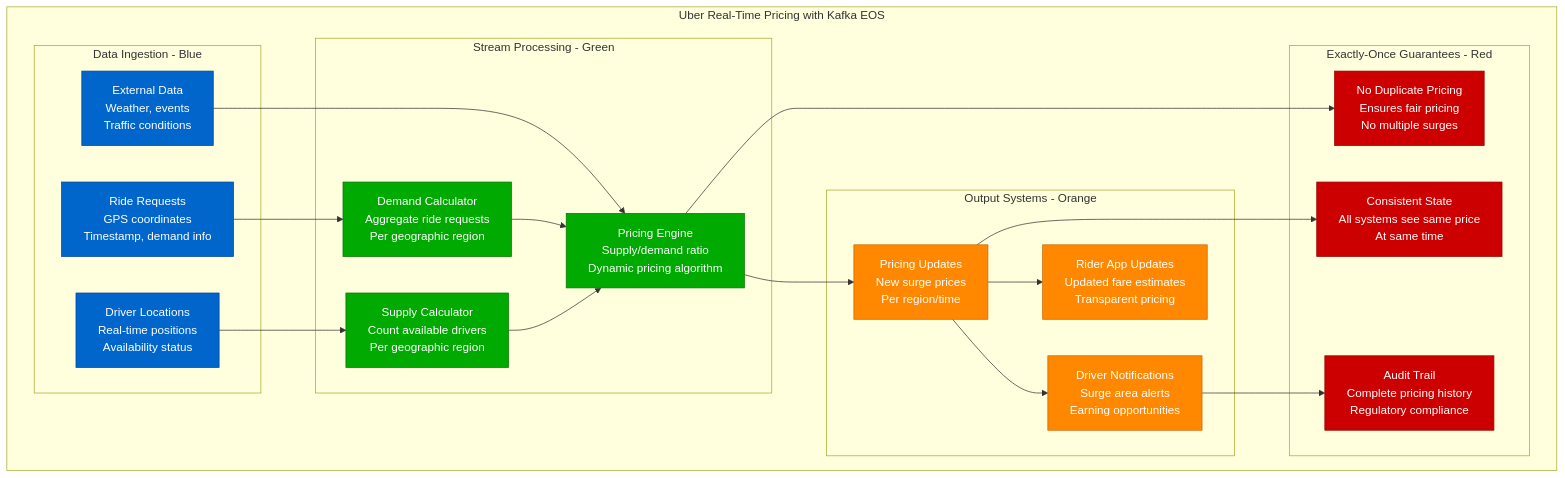
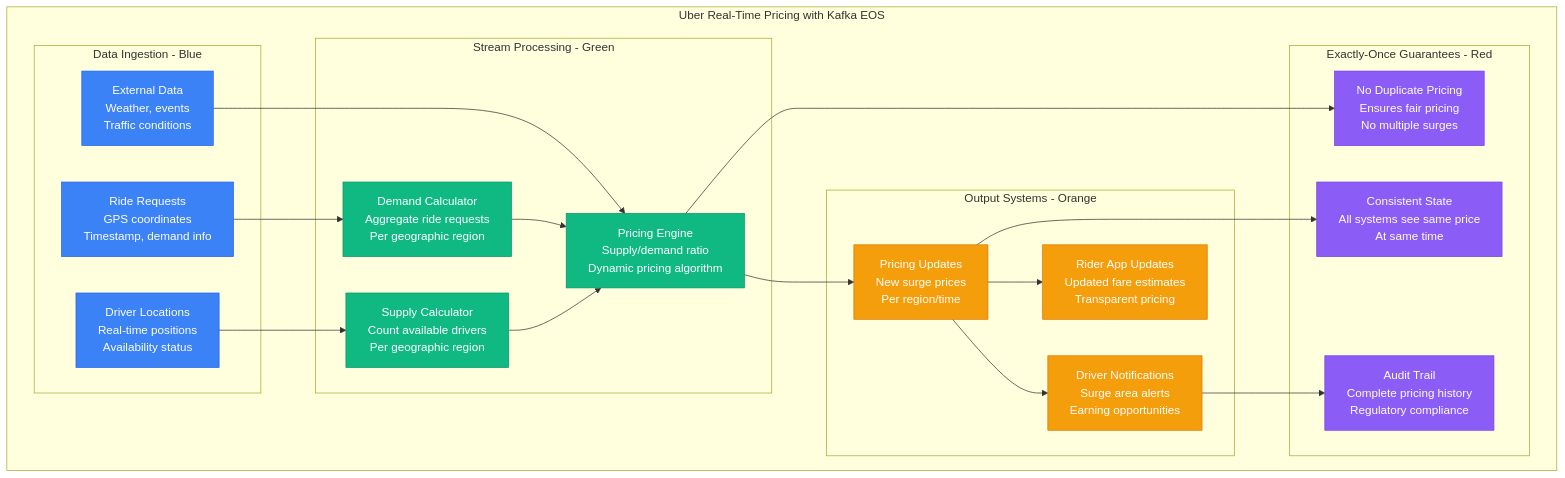
Before and after one commit to deepaucksharma/DS: the eighth of 10 diagrams in site/docs/guarantees/exactly-once/exactly-once-kafka.md, drawn with Mermaid. The commit also changed other lines of this file and 303 other files, not shown here.

````diff
--- a/site/docs/guarantees/exactly-once/exactly-once-kafka.md
+++ b/site/docs/guarantees/exactly-once/exactly-once-kafka.md
@@ -324,53 +324,53 @@
 ```mermaid
 graph TB
     subgraph UberPricingPipeline[Uber Real-Time Pricing with Kafka EOS]
         subgraph DataIngestion[Data Ingestion - Blue]
             DI1[Ride Requests<br/>GPS coordinates<br/>Timestamp, demand info]
             DI2[Driver Locations<br/>Real-time positions<br/>Availability status]
             DI3[External Data<br/>Weather, events<br/>Traffic conditions]
         end
 
         subgraph StreamProcessing[Stream Processing - Green]
             SP1[Demand Calculator<br/>Aggregate ride requests<br/>Per geographic region]
             SP2[Supply Calculator<br/>Count available drivers<br/>Per geographic region]
             SP3[Pricing Engine<br/>Supply/demand ratio<br/>Dynamic pricing algorithm]
         end
 
         subgraph OutputSystems[Output Systems - Orange]
             OS1[Pricing Updates<br/>New surge prices<br/>Per region/time]
             OS2[Driver Notifications<br/>Surge area alerts<br/>Earning opportunities]
             OS3[Rider App Updates<br/>Updated fare estimates<br/>Transparent pricing]
         end
 
         subgraph ExactlyOnceGuarantees[Exactly-Once Guarantees - Red]
             EOG1[No Duplicate Pricing<br/>Ensures fair pricing<br/>No multiple surges]
             EOG2[Consistent State<br/>All systems see same price<br/>At same time]
             EOG3[Audit Trail<br/>Complete pricing history<br/>Regulatory compliance]
         end
     end
 
     DI1 --> SP1
     DI2 --> SP2
     DI3 --> SP3
 
     SP1 --> SP3
     SP2 --> SP3
 
     SP3 --> OS1
     OS1 --> OS2
     OS1 --> OS3
 
     SP3 --> EOG1
     OS1 --> EOG2
     OS2 --> EOG3
 
-    classDef ingestionStyle fill:#0066CC,stroke:#004499,color:#fff
-    classDef processingStyle fill:#00AA00,stroke:#007700,color:#fff
-    classDef outputStyle fill:#FF8800,stroke:#CC6600,color:#fff
-    classDef guaranteeStyle fill:#CC0000,stroke:#990000,color:#fff
+    classDef ingestionStyle fill:#3B82F6,stroke:#2563EB,color:#fff
+    classDef processingStyle fill:#10B981,stroke:#059669,color:#fff
+    classDef outputStyle fill:#F59E0B,stroke:#D97706,color:#fff
+    classDef guaranteeStyle fill:#8B5CF6,stroke:#7C3AED,color:#fff
 
     class DI1,DI2,DI3 ingestionStyle
     class SP1,SP2,SP3 processingStyle
     class OS1,OS2,OS3 outputStyle
     class EOG1,EOG2,EOG3 guaranteeStyle
 ```
````
